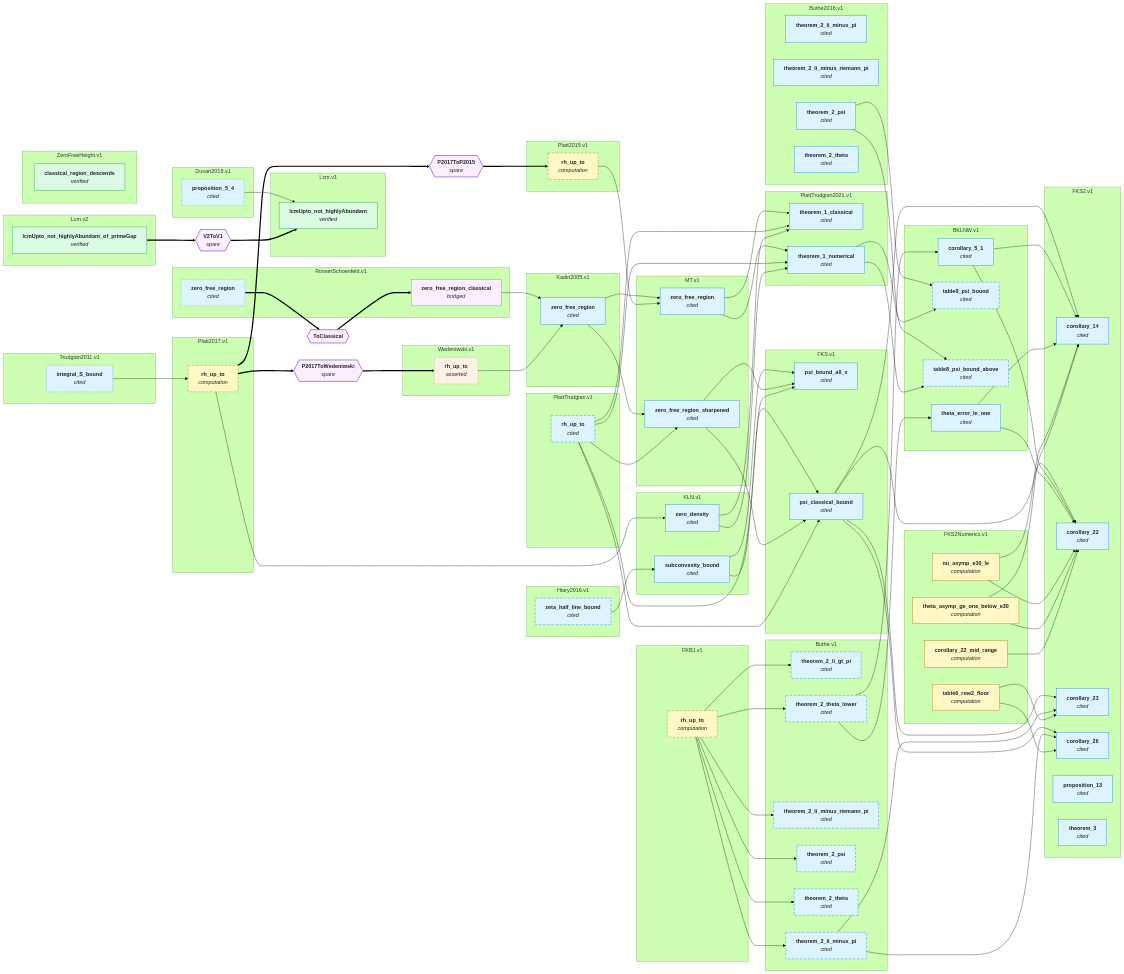
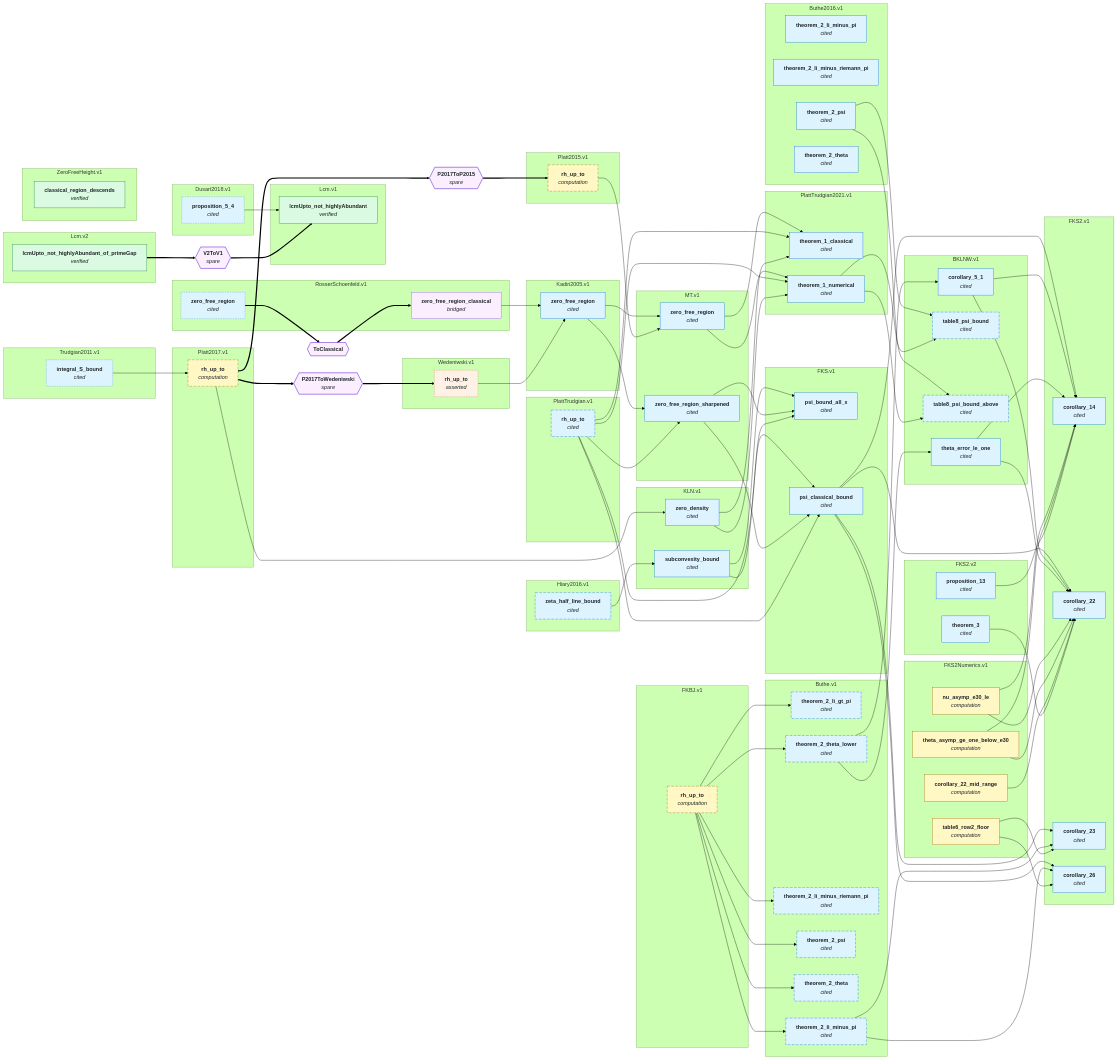
The second of 2 diagrams in GRAPH.md (teorth/IEANTN), drawn with Mermaid (forest theme) before and after one commit. The commit also changed other lines of this file and 33 other files, not shown here.

```diff
--- a/GRAPH.md
+++ b/GRAPH.md
@@ -181,8 +184,10 @@
     FKS2_v1_corollary_22["<b>corollary_22</b><br/><i>cited</i>"]
     FKS2_v1_corollary_23["<b>corollary_23</b><br/><i>cited</i>"]
     FKS2_v1_corollary_26["<b>corollary_26</b><br/><i>cited</i>"]
-    FKS2_v1_proposition_13["<b>proposition_13</b><br/><i>cited</i>"]
-    FKS2_v1_theorem_3["<b>theorem_3</b><br/><i>cited</i>"]
+  end
+  subgraph sgFKS2_v2["FKS2.v2"]
+    FKS2_v2_proposition_13["<b>proposition_13</b><br/><i>cited</i>"]
+    FKS2_v2_theorem_3["<b>theorem_3</b><br/><i>cited</i>"]
   end
   subgraph sgFKS2Numerics_v1["FKS2Numerics.v1"]
     FKS2Numerics_v1_corollary_22_mid_range["<b>corollary_22_mid_range</b><br/><i>computation</i>"]
@@ -259,12 +264,14 @@
   BKLNW_v1_theta_error_le_one --> FKS2_v1_corollary_14
   FKS2Numerics_v1_nu_asymp_e30_le --> FKS2_v1_corollary_14
   FKS2Numerics_v1_theta_asymp_ge_one_below_e30 --> FKS2_v1_corollary_14
+  FKS2_v2_proposition_13 --> FKS2_v1_corollary_14
   FKS_v1_psi_classical_bound --> FKS2_v1_corollary_22
   BKLNW_v1_corollary_5_1 --> FKS2_v1_corollary_22
   BKLNW_v1_theta_error_le_one --> FKS2_v1_corollary_22
   FKS2Numerics_v1_nu_asymp_e30_le --> FKS2_v1_corollary_22
   FKS2Numerics_v1_theta_asymp_ge_one_below_e30 --> FKS2_v1_corollary_22
   FKS2Numerics_v1_corollary_22_mid_range --> FKS2_v1_corollary_22
+  FKS2_v2_theorem_3 --> FKS2_v1_corollary_22
   FKS_v1_psi_classical_bound --> FKS2_v1_corollary_23
   Buthe_v1_theorem_2_li_minus_pi --> FKS2_v1_corollary_23
   FKS2Numerics_v1_table6_row2_floor --> FKS2_v1_corollary_23
@@ -327,7 +334,7 @@
   class Wedeniwski_v1_rh_up_to asserted;
   class RosserSchoenfeld_v1_zero_free_region_classical bridged;
   class Lcm_v1_lcmUpto_not_highlyAbundant,Lcm_v2_lcmUpto_not_highlyAbundant_of_primeGap,ZeroFreeHeight_v1_classical_region_descends lean_comparator;
-  class BKLNW_v1_corollary_5_1,BKLNW_v1_table8_psi_bound,BKLNW_v1_table8_psi_bound_above,BKLNW_v1_theta_error_le_one,Buthe_v1_theorem_2_li_gt_pi,Buthe_v1_theorem_2_li_minus_pi,Buthe_v1_theorem_2_li_minus_riemann_pi,Buthe_v1_theorem_2_psi,Buthe_v1_theorem_2_theta,Buthe_v1_theorem_2_theta_lower,Buthe2016_v1_theorem_2_li_minus_pi,Buthe2016_v1_theorem_2_li_minus_riemann_pi,Buthe2016_v1_theorem_2_psi,Buthe2016_v1_theorem_2_theta,Dusart2018_v1_proposition_5_4,FKS_v1_psi_bound_all_x,FKS_v1_psi_classical_bound,FKS2_v1_corollary_14,FKS2_v1_corollary_22,FKS2_v1_corollary_23,FKS2_v1_corollary_26,FKS2_v1_proposition_13,FKS2_v1_theorem_3,Hiary2016_v1_zeta_half_line_bound,KLN_v1_subconvexity_bound,KLN_v1_zero_density,Kadiri2005_v1_zero_free_region,MT_v1_zero_free_region,MT_v1_zero_free_region_sharpened,PlattTrudgian_v1_rh_up_to,PlattTrudgian2021_v1_theorem_1_classical,PlattTrudgian2021_v1_theorem_1_numerical,RosserSchoenfeld_v1_zero_free_region,Trudgian2011_v1_integral_S_bound literature;
+  class BKLNW_v1_corollary_5_1,BKLNW_v1_table8_psi_bound,BKLNW_v1_table8_psi_bound_above,BKLNW_v1_theta_error_le_one,Buthe_v1_theorem_2_li_gt_pi,Buthe_v1_theorem_2_li_minus_pi,Buthe_v1_theorem_2_li_minus_riemann_pi,Buthe_v1_theorem_2_psi,Buthe_v1_theorem_2_theta,Buthe_v1_theorem_2_theta_lower,Buthe2016_v1_theorem_2_li_minus_pi,Buthe2016_v1_theorem_2_li_minus_riemann_pi,Buthe2016_v1_theorem_2_psi,Buthe2016_v1_theorem_2_theta,Dusart2018_v1_proposition_5_4,FKS_v1_psi_bound_all_x,FKS_v1_psi_classical_bound,FKS2_v1_corollary_14,FKS2_v1_corollary_22,FKS2_v1_corollary_23,FKS2_v1_corollary_26,FKS2_v2_proposition_13,FKS2_v2_theorem_3,Hiary2016_v1_zeta_half_line_bound,KLN_v1_subconvexity_bound,KLN_v1_zero_density,Kadiri2005_v1_zero_free_region,MT_v1_zero_free_region,MT_v1_zero_free_region_sharpened,PlattTrudgian_v1_rh_up_to,PlattTrudgian2021_v1_theorem_1_classical,PlattTrudgian2021_v1_theorem_1_numerical,RosserSchoenfeld_v1_zero_free_region,Trudgian2011_v1_integral_S_bound literature;
   class FKBJ_v1_rh_up_to,FKS2Numerics_v1_corollary_22_mid_range,FKS2Numerics_v1_nu_asymp_e30_le,FKS2Numerics_v1_table6_row2_floor,FKS2Numerics_v1_theta_asymp_ge_one_below_e30,Platt2015_v1_rh_up_to,Platt2017_v1_rh_up_to numerical;
   click BKLNW_v1_corollary_5_1 href "https://github.com/teorth/IEANTN/blob/main/docs/nodes/BKLNW-v1.md#corollary_5_1" _blank
   click BKLNW_v1_table8_psi_bound href "https://github.com/teorth/IEANTN/blob/main/docs/nodes/BKLNW-v1.md#table8_psi_bound" _blank
@@ -351,8 +358,8 @@
   click FKS2_v1_corollary_22 href "https://github.com/teorth/IEANTN/blob/main/docs/nodes/FKS2-v1.md#corollary_22" _blank
   click FKS2_v1_corollary_23 href "https://github.com/teorth/IEANTN/blob/main/docs/nodes/FKS2-v1.md#corollary_23" _blank
   click FKS2_v1_corollary_26 href "https://github.com/teorth/IEANTN/blob/main/docs/nodes/FKS2-v1.md#corollary_26" _blank
-  click FKS2_v1_proposition_13 href "https://github.com/teorth/IEANTN/blob/main/docs/nodes/FKS2-v1.md#proposition_13" _blank
-  click FKS2_v1_theorem_3 href "https://github.com/teorth/IEANTN/blob/main/docs/nodes/FKS2-v1.md#theorem_3" _blank
+  click FKS2_v2_proposition_13 href "https://github.com/teorth/IEANTN/blob/main/docs/nodes/FKS2-v2.md#proposition_13" _blank
+  click FKS2_v2_theorem_3 href "https://github.com/teorth/IEANTN/blob/main/docs/nodes/FKS2-v2.md#theorem_3" _blank
   click FKS2Numerics_v1_corollary_22_mid_range href "https://github.com/teorth/IEANTN/blob/main/docs/nodes/FKS2Numerics-v1.md#corollary_22_mid_range" _blank
   click FKS2Numerics_v1_nu_asymp_e30_le href "https://github.com/teorth/IEANTN/blob/main/docs/nodes/FKS2Numerics-v1.md#nu_asymp_e30_le" _blank
   click FKS2Numerics_v1_table6_row2_floor href "https://github.com/teorth/IEANTN/blob/main/docs/nodes/FKS2Numerics-v1.md#table6_row2_floor" _blank
```
